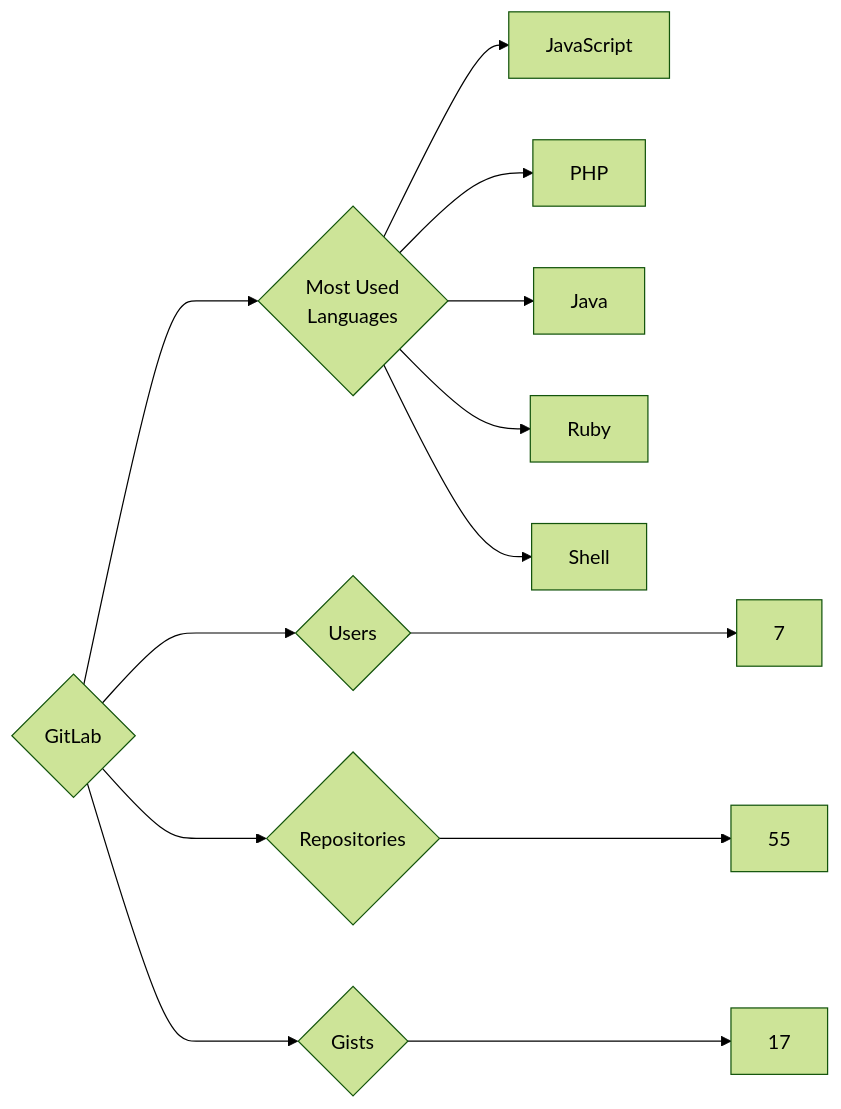
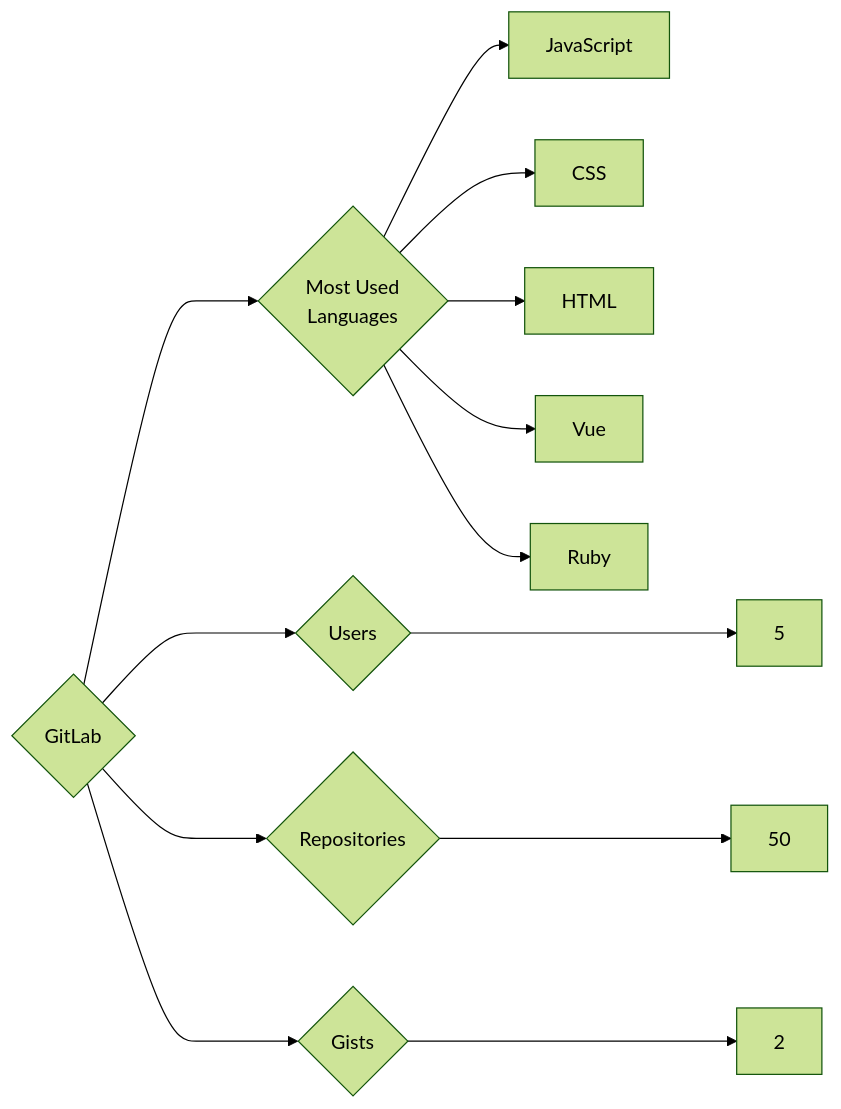
Before and after one commit to trickest/insiders: the diagram in targets/GitLab/README.md, drawn with Mermaid (forest theme). The commit also changed 724 other files, not shown here.

````diff
--- a/targets/GitLab/README.md
+++ b/targets/GitLab/README.md
@@ -3,13 +3,13 @@
 ```mermaid
 graph LR
 COMPANY_NAME{GitLab}
-COMPANY_NAME ---> U{Users} ---> UN[7]
-COMPANY_NAME ---> R{Repositories} ---> RN[55]
-COMPANY_NAME ---> G{Gists} ---> GN[17]
+COMPANY_NAME ---> U{Users} ---> UN[5]
+COMPANY_NAME ---> R{Repositories} ---> RN[50]
+COMPANY_NAME ---> G{Gists} ---> GN[2]
 COMPANY_NAME ---> ML{Most Used<br>Languages}
 ML --> JavaScript[JavaScript]
-ML --> PHP[PHP]
-ML --> Java[Java]
+ML --> CSS[CSS]
+ML --> HTML[HTML]
+ML --> Vue[Vue]
 ML --> Ruby[Ruby]
-ML --> Shell[Shell]
 ```
````
